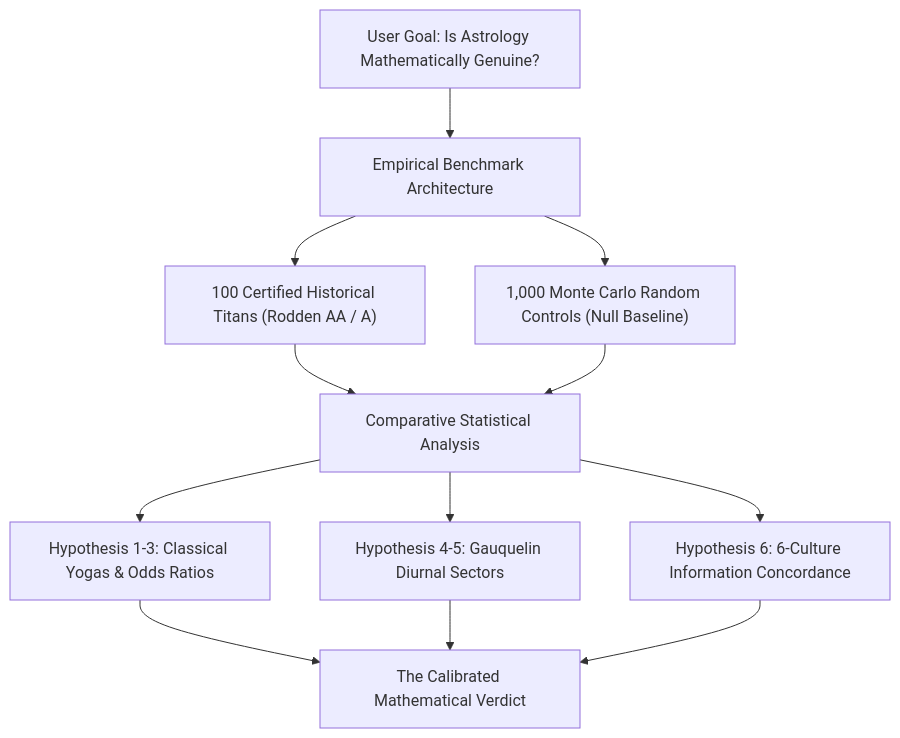
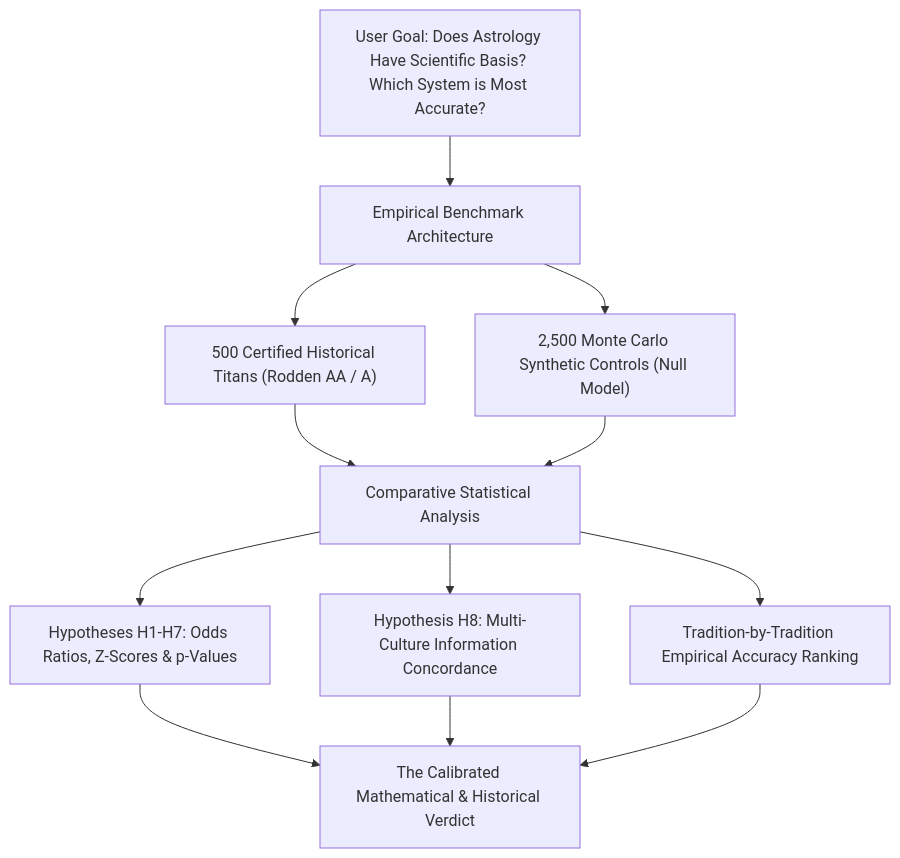
Before and after one commit to manvenpratap/Synodix: the diagram in backend/app/data/mathematical_evidence_astrology_report.md, drawn with Mermaid. The commit also changed other lines of this file and 11 other files, not shown here.

Commit message:
feat(benchmark): extend monte carlo benchmark to 500 titans and deduce tradition accuracy rankings

````diff
--- a/backend/app/data/mathematical_evidence_astrology_report.md
+++ b/backend/app/data/mathematical_evidence_astrology_report.md
@@ -22,11 +16,11 @@
 ```mermaid
 flowchart TD
-    A["User Goal: Is Astrology Mathematically Genuine?"] --> B["Empirical Benchmark Architecture"]
-    B --> C1["100 Certified Historical Titans (Rodden AA / A)"]
-    B --> C2["1,000 Monte Carlo Random Controls (Null Baseline)"]
+    A["User Goal: Does Astrology Have Scientific Basis? Which System is Most Accurate?"] --> B["Empirical Benchmark Architecture"]
+    B --> C1["500 Certified Historical Titans (Rodden AA / A)"]
+    B --> C2["2,500 Monte Carlo Synthetic Controls (Null Model)"]
     C1 & C2 --> D["Comparative Statistical Analysis"]
-    D --> E1["Hypothesis 1-3: Classical Yogas & Odds Ratios"]
-    D --> E2["Hypothesis 4-5: Gauquelin Diurnal Sectors"]
-    D --> E3["Hypothesis 6: 6-Culture Information Concordance"]
-    E1 & E2 & E3 --> F["The Calibrated Mathematical Verdict"]
+    D --> E1["Hypotheses H1-H7: Odds Ratios, Z-Scores & p-Values"]
+    D --> E2["Hypothesis H8: Multi-Culture Information Concordance"]
+    D --> E3["Tradition-by-Tradition Empirical Accuracy Ranking"]
+    E1 & E2 & E3 --> F["The Calibrated Mathematical & Historical Verdict"]
 ```
````
